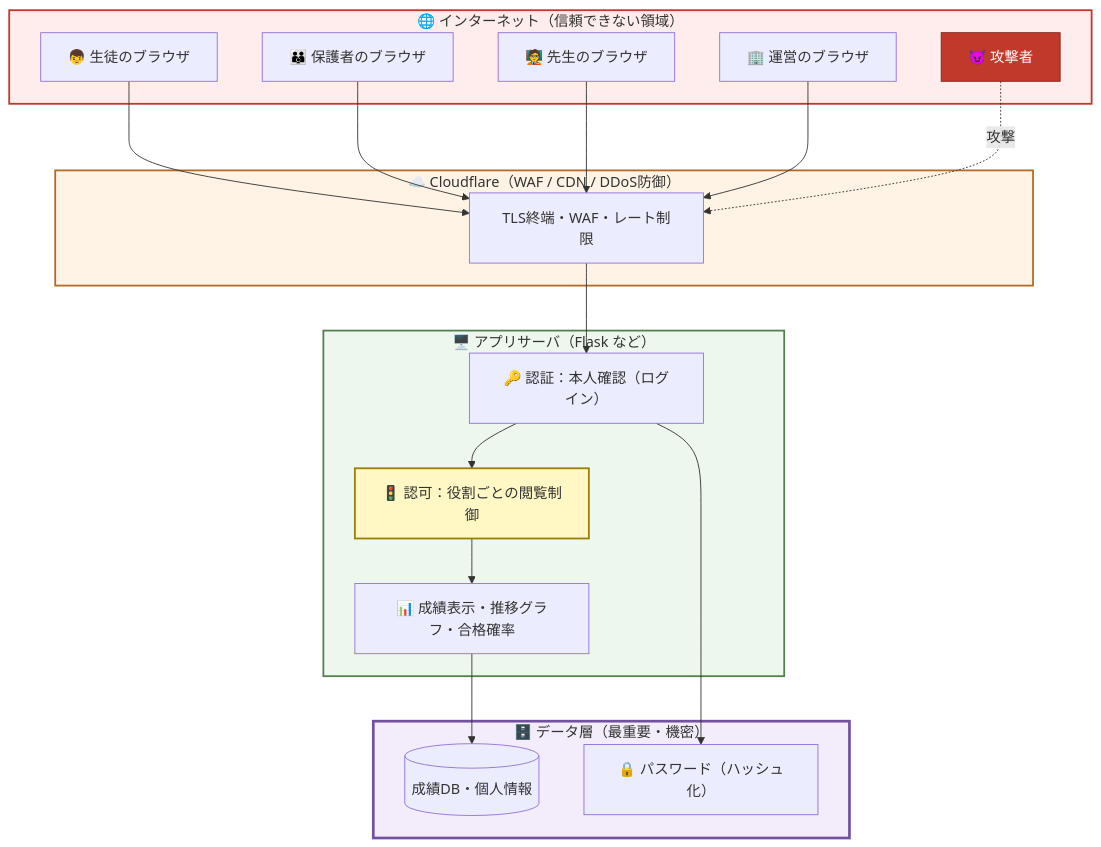
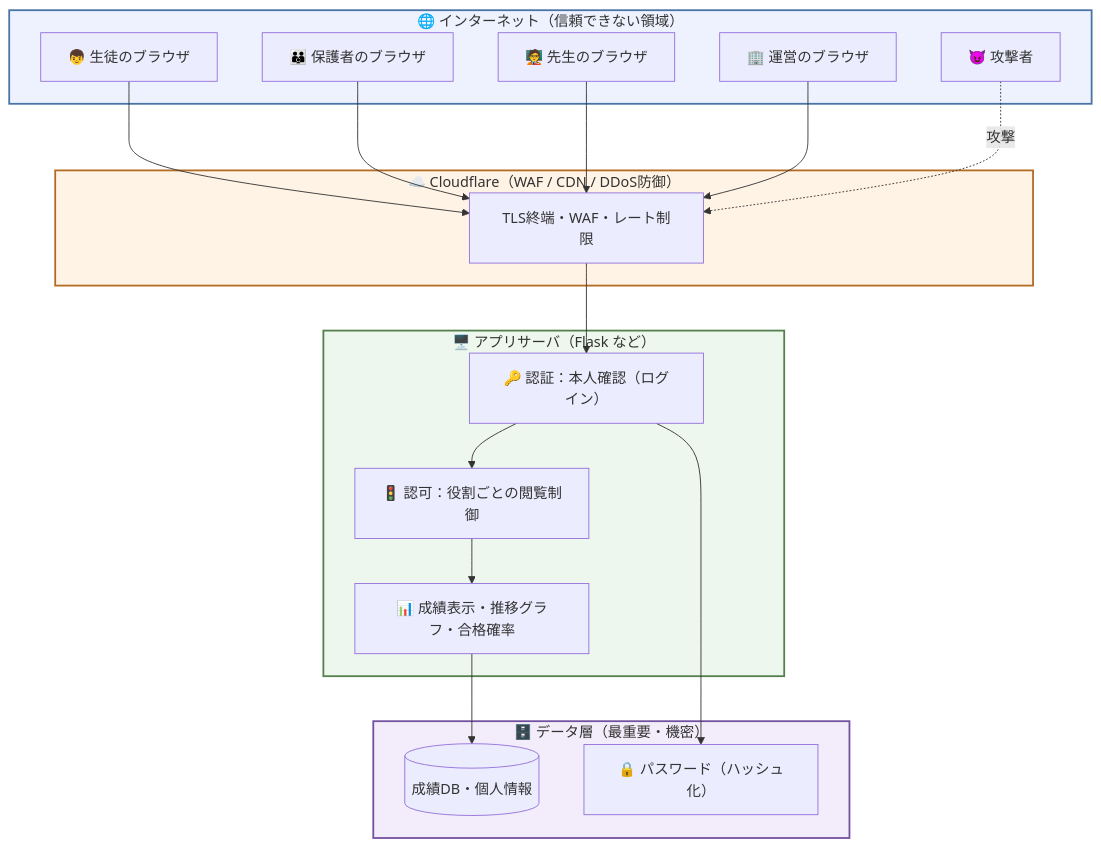
Before and after one commit to Akimitsu-Shigemi/juku-seiseki-app: the diagram in design.md, drawn with Mermaid. The commit also changed other lines of this file, not shown here.

Commit message:
色分けをサーバー層ごとの区別のみに簡素化（意味づけを外す）

````diff
--- a/design.md
+++ b/design.md
@@ -16,44 +16,42 @@
 ```mermaid
 flowchart TB
     subgraph internet["🌐 インターネット（信頼できない領域）"]
         seito["👦 生徒のブラウザ"]
         oya["👪 保護者のブラウザ"]
         sensei["🧑‍🏫 先生のブラウザ"]
         unei["🏢 運営のブラウザ"]
         attacker["😈 攻撃者"]
     end
 
     subgraph edge["☁️ Cloudflare（WAF / CDN / DDoS防御）"]
         waf["TLS終端・WAF・レート制限"]
     end
 
     subgraph app["🖥️ アプリサーバ（Flask など）"]
         authn["🔑 認証：本人確認（ログイン）"]
         authz["🚦 認可：役割ごとの閲覧制御"]
         logic["📊 成績表示・推移グラフ・合格確率"]
     end
 
     subgraph data["🗄️ データ層（最重要・機密）"]
         db[("成績DB・個人情報")]
         secret["🔒 パスワード（ハッシュ化）"]
     end
 
     seito --> waf
     oya --> waf
     sensei --> waf
     unei --> waf
     attacker -. 攻撃 .-> waf
     waf --> authn
     authn --> authz
     authz --> logic
     logic --> db
     authn --> secret
 
-    %% ===== 背景色（信頼境界ごとに色分け）=====
-    style internet fill:#ffecec,stroke:#c0392b,stroke-width:2px
+    %% ===== 背景色（サーバー／層ごとの区別用）=====
+    style internet fill:#eef2ff,stroke:#4a74a5,stroke-width:2px
     style edge     fill:#fff3e5,stroke:#b36b24,stroke-width:2px
     style app      fill:#edf7ed,stroke:#54804d,stroke-width:2px
-    style data     fill:#f3ecfa,stroke:#7351a1,stroke-width:3px
-    style attacker fill:#c0392b,stroke:#7b241c,color:#ffffff
-    style authz    fill:#fff8c5,stroke:#9a7d0a,stroke-width:2px
+    style data     fill:#f3ecfa,stroke:#7351a1,stroke-width:2px
 ```
````
